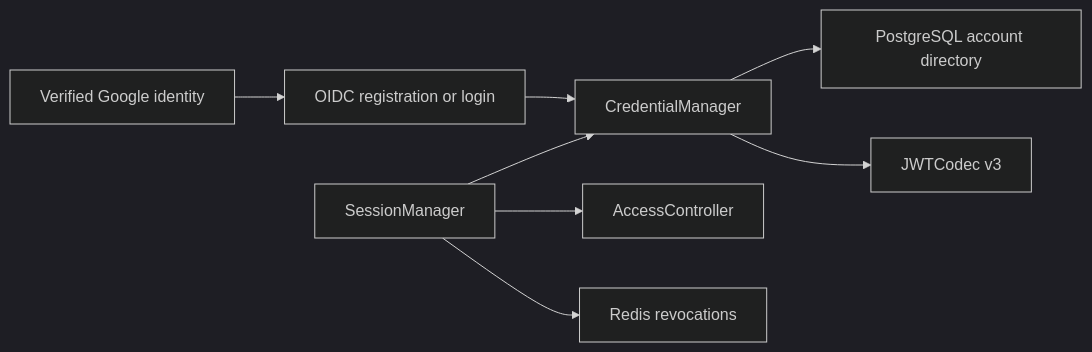
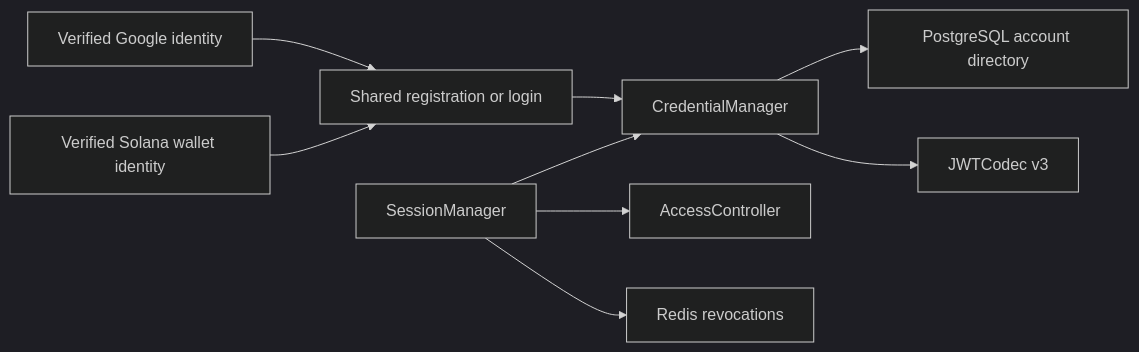
Before and after one commit to useryege/athena-o: the diagram in docs/design/identity-access/account-credentials.md, drawn with Mermaid (dark theme). The commit also changed other lines of this file and 47 other files, not shown here.

````diff
--- a/docs/design/identity-access/account-credentials.md
+++ b/docs/design/identity-access/account-credentials.md
@@ -34,10 +37,11 @@
 ```mermaid
 flowchart LR
-    G["Verified Google identity"] --> O["OIDC registration or login"]
-    O --> M["CredentialManager"]
+    G["Verified Google identity"] --> R["Shared registration or login"]
+    P["Verified Solana wallet identity"] --> R
+    R --> M["CredentialManager"]
     M --> D["PostgreSQL account directory"]
     M --> J["JWTCodec v3"]
     S["SessionManager"] --> M
     S --> A["AccessController"]
-    S --> R["Redis revocations"]
+    S --> V["Redis revocations"]
 ```
````
